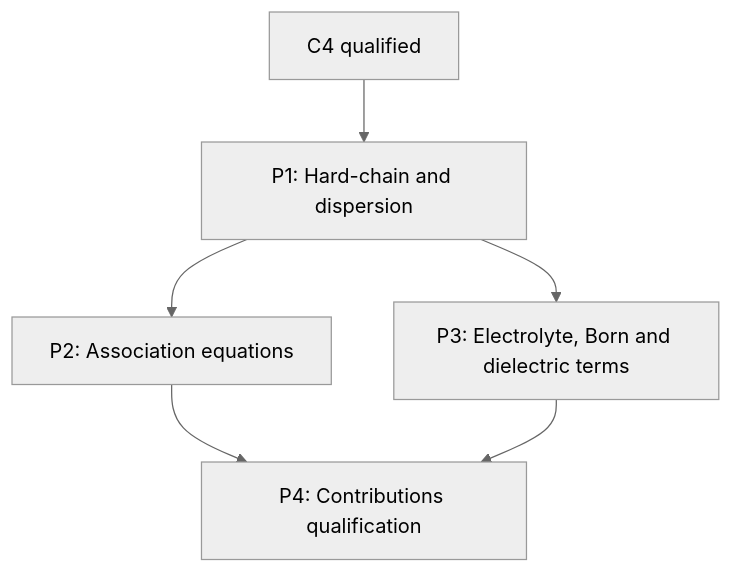
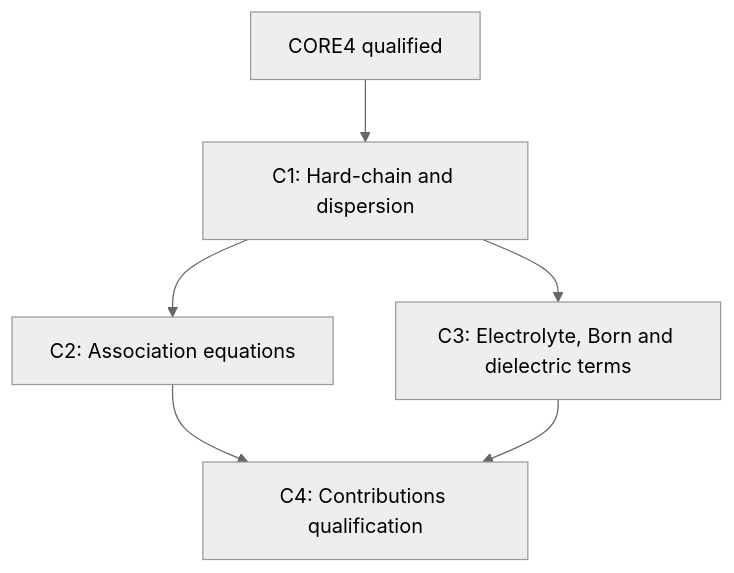
One commit to tannerpolley/epcsaft changed the third of 9 diagrams in docs/scientific/implementation-plan.md. Above: the diagram before and after it, drawn with Mermaid (neutral theme). The commit also changed other lines of this file and 9 other files, not shown here.

Commit message:
Align milestone labels with Core Contributions and Properties

````diff
--- a/docs/scientific/implementation-plan.md
+++ b/docs/scientific/implementation-plan.md
@@ -275,13 +277,13 @@
 ```mermaid
 flowchart TD
-  start["C4 qualified"]
-  P1["P1: Hard-chain and dispersion"]
-  start --> P1
-  P2["P2: Association equations"]
-  P1 --> P2
-  P3["P3: Electrolyte, Born and dielectric terms"]
-  P1 --> P3
-  P4["P4: Contributions qualification"]
-  P2 --> P4
-  P3 --> P4
+  start["CORE4 qualified"]
+  C1["C1: Hard-chain and dispersion"]
+  start --> C1
+  C2["C2: Association equations"]
+  C1 --> C2
+  C3["C3: Electrolyte, Born and dielectric terms"]
+  C1 --> C3
+  C4["C4: Contributions qualification"]
+  C2 --> C4
+  C3 --> C4
 ```
````
